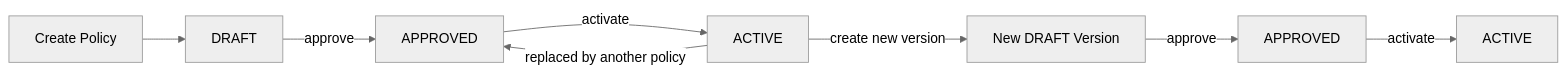
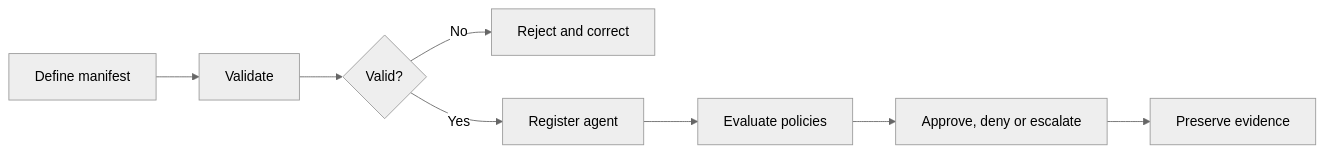
The fourth of 4 diagrams in README.md (SwapnilMundhekar/AgentOps-Governance-Assurance-Control-Plane), drawn with Mermaid (neutral theme) before and after one commit. The commit also changed other lines of this file, not shown here.

Commit message:
docs: create professional animated project landing page

````diff
--- a/README.md
+++ b/README.md
@@ -242,17 +294,10 @@
 ```mermaid
 flowchart LR
-
-    A["Create Policy"] --> B["DRAFT"]
-
-    B -->|approve| C["APPROVED"]
-
-    C -->|activate| D["ACTIVE"]
-
-    D -->|replaced by another policy| C
-
-    D -->|create new version| E["New DRAFT Version"]
-
-    E -->|approve| F["APPROVED"]
-
-    F -->|activate| G["ACTIVE"]
+    A["Define manifest"] --> B["Validate"]
+    B --> C{"Valid?"}
+    C -->|No| D["Reject and correct"]
+    C -->|Yes| E["Register agent"]
+    E --> F["Evaluate policies"]
+    F --> G["Approve, deny or escalate"]
+    G --> H["Preserve evidence"]
 ```
````
